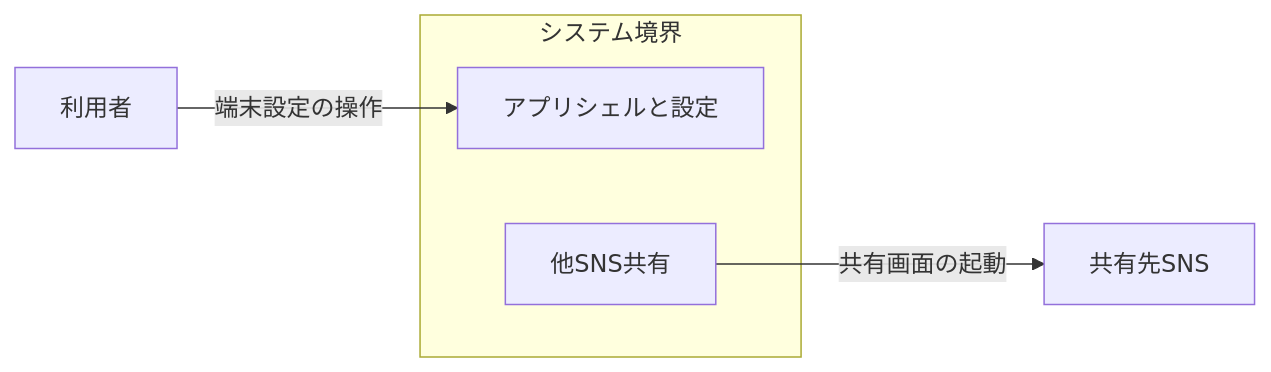
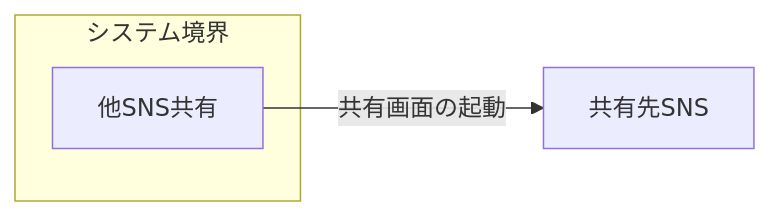
One commit to nekono-dev/skyshare changed the second of 3 diagrams in docs/architecture/common-ui.md. Above: the diagram before and after it, drawn with Mermaid. The commit also changed other lines of this file and 269 other files, not shown here.

````diff
--- a/docs/architecture/common-ui.md
+++ b/docs/architecture/common-ui.md
@@ -39,9 +39,7 @@
 ```mermaid
 flowchart LR
   subgraph システム境界
-    shell["アプリシェルと設定"]
     share["他SNS共有"]
   end
-  ext_user["利用者"] -->|端末設定の操作| shell
   share -->|共有画面の起動| ext_sns["共有先SNS"]
 ```
````
